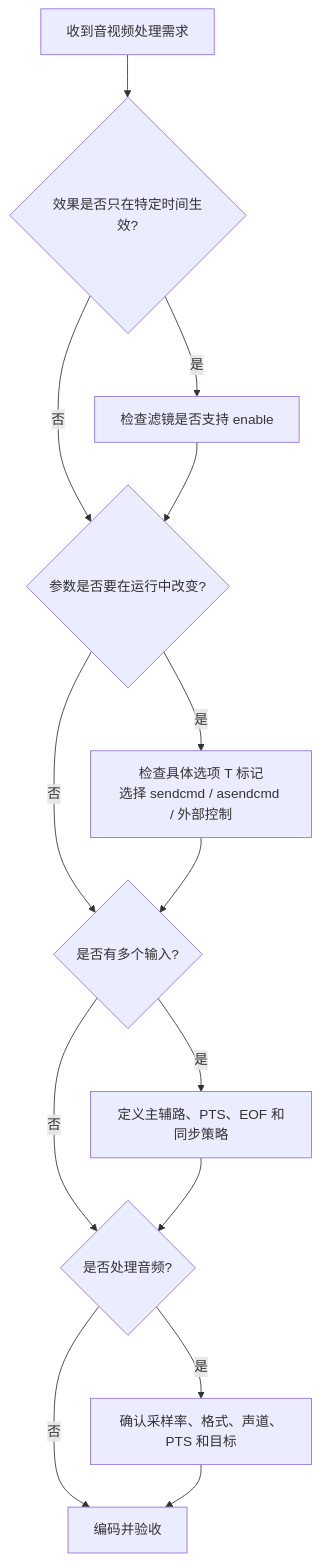
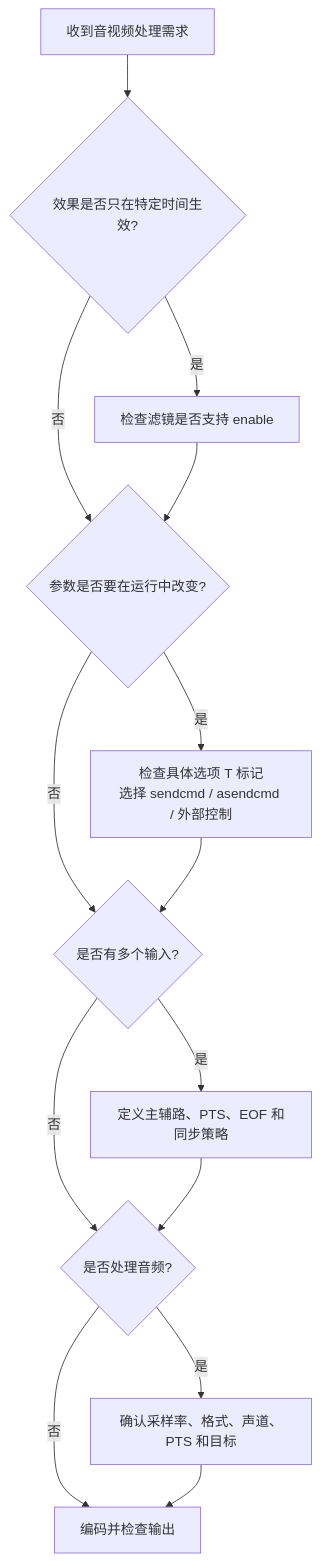
Before and after one commit to flycodeu/FlyCodeCenter: the tenth of 10 diagrams in src/content/tutorial/ffmpeg/FFmpeg Filters-2.md, drawn with Mermaid. The commit also changed other lines of this file, not shown here.

````diff
--- a/src/content/tutorial/ffmpeg/FFmpeg Filters-2.md
+++ b/src/content/tutorial/ffmpeg/FFmpeg Filters-2.md
@@ -525,16 +516,16 @@
 ```mermaid
 flowchart TD
   A[收到音视频处理需求] --> B{效果是否只在特定时间生效?}
   B -->|是| C[检查滤镜是否支持 enable]
   B -->|否| D{参数是否要在运行中改变?}
   C --> D
   D -->|是| E[检查具体选项 T 标记<br/>选择 sendcmd / asendcmd / 外部控制]
   D -->|否| F{是否有多个输入?}
   E --> F
   F -->|是| G[定义主辅路、PTS、EOF 和同步策略]
   F -->|否| H{是否处理音频?}
   G --> H
   H -->|是| I[确认采样率、格式、声道、PTS 和目标]
-  H -->|否| J[编码并验收]
+  H -->|否| J[编码并检查输出]
   I --> J
 ```
````
